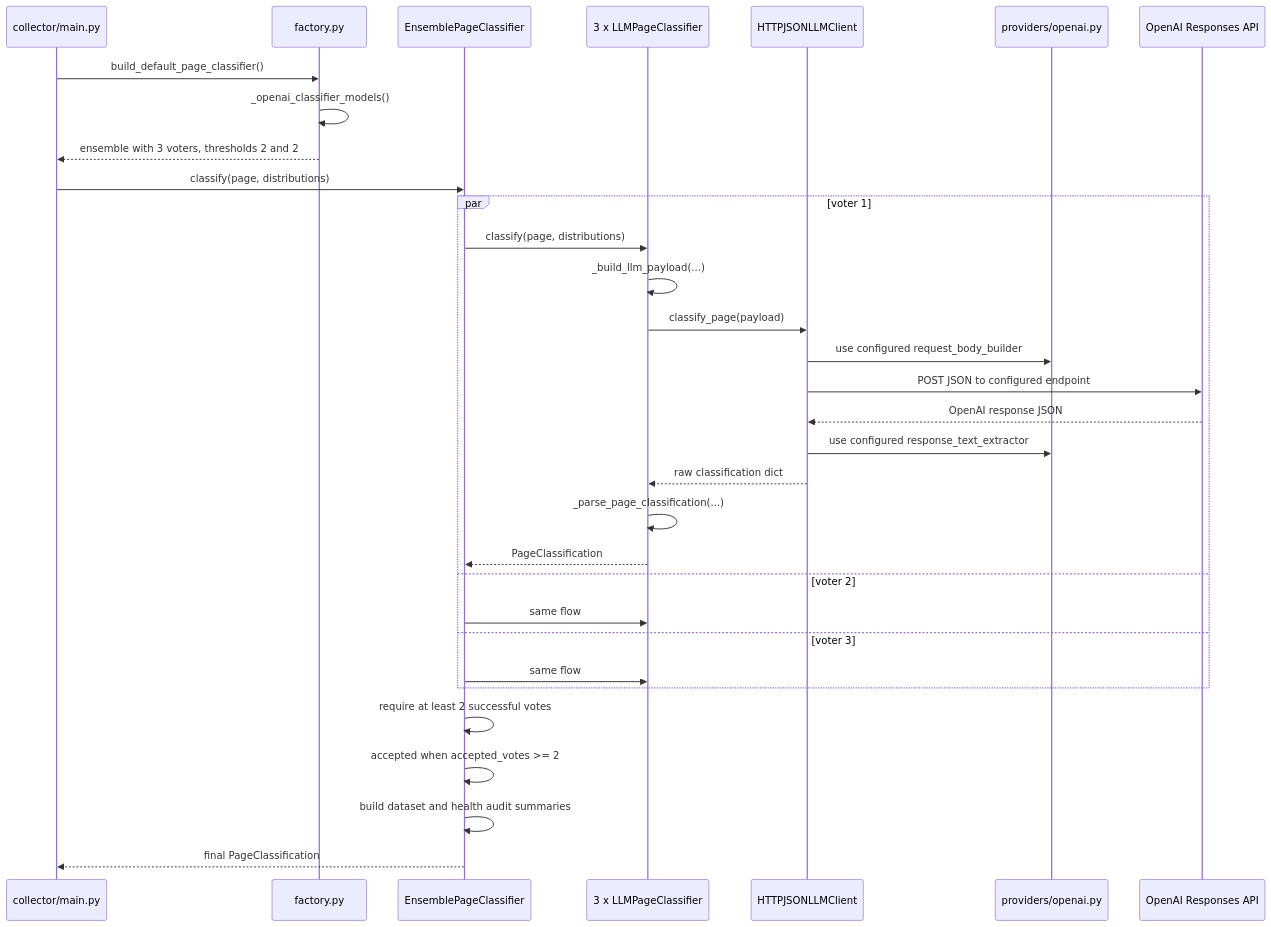
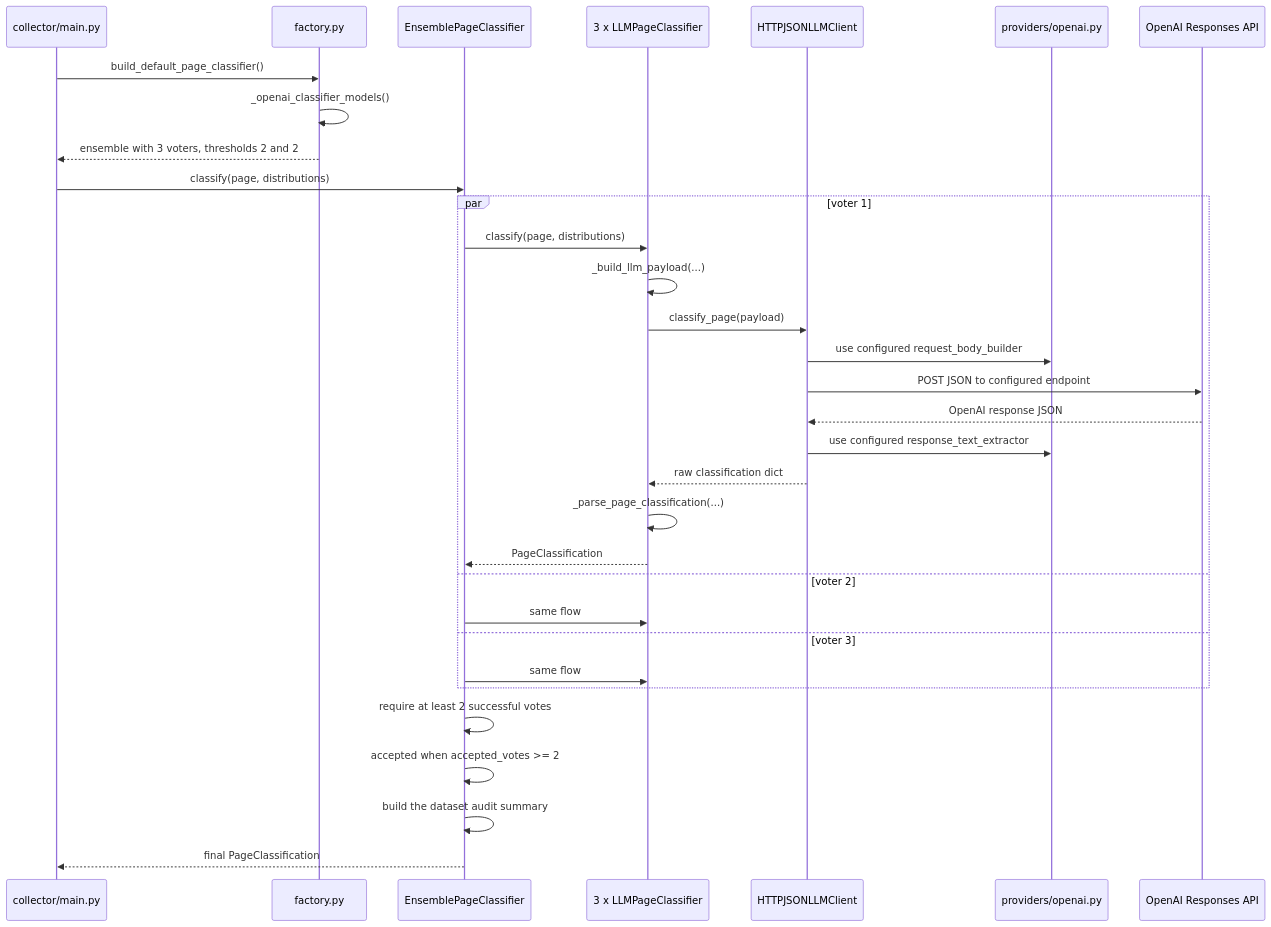
One commit to nicolasberlin/global-health-dataset-catalog changed the third of 5 diagrams in docs/classification-architecture.md. Above: the diagram before and after it, drawn with Mermaid. The commit also changed other lines of this file and 51 other files, not shown here.

````diff
--- a/docs/classification-architecture.md
+++ b/docs/classification-architecture.md
@@ -158,35 +158,35 @@
 ```mermaid
 sequenceDiagram
     participant Caller as collector/main.py
     participant Factory as factory.py
     participant Ensemble as EnsemblePageClassifier
     participant Voter as 3 x LLMPageClassifier
     participant Client as HTTPJSONLLMClient
     participant Provider as providers/openai.py
     participant API as OpenAI Responses API
 
     Caller->>Factory: build_default_page_classifier()
     Factory->>Factory: _openai_classifier_models()
     Factory-->>Caller: ensemble with 3 voters, thresholds 2 and 2
     Caller->>Ensemble: classify(page, distributions)
     par voter 1
         Ensemble->>Voter: classify(page, distributions)
         Voter->>Voter: _build_llm_payload(...)
         Voter->>Client: classify_page(payload)
         Client->>Provider: use configured request_body_builder
         Client->>API: POST JSON to configured endpoint
         API-->>Client: OpenAI response JSON
         Client->>Provider: use configured response_text_extractor
         Client-->>Voter: raw classification dict
         Voter->>Voter: _parse_page_classification(...)
         Voter-->>Ensemble: PageClassification
     and voter 2
         Ensemble->>Voter: same flow
     and voter 3
         Ensemble->>Voter: same flow
     end
     Ensemble->>Ensemble: require at least 2 successful votes
     Ensemble->>Ensemble: accepted when accepted_votes >= 2
-    Ensemble->>Ensemble: build dataset and health audit summaries
+    Ensemble->>Ensemble: build the dataset audit summary
     Ensemble-->>Caller: final PageClassification
 ```
````
